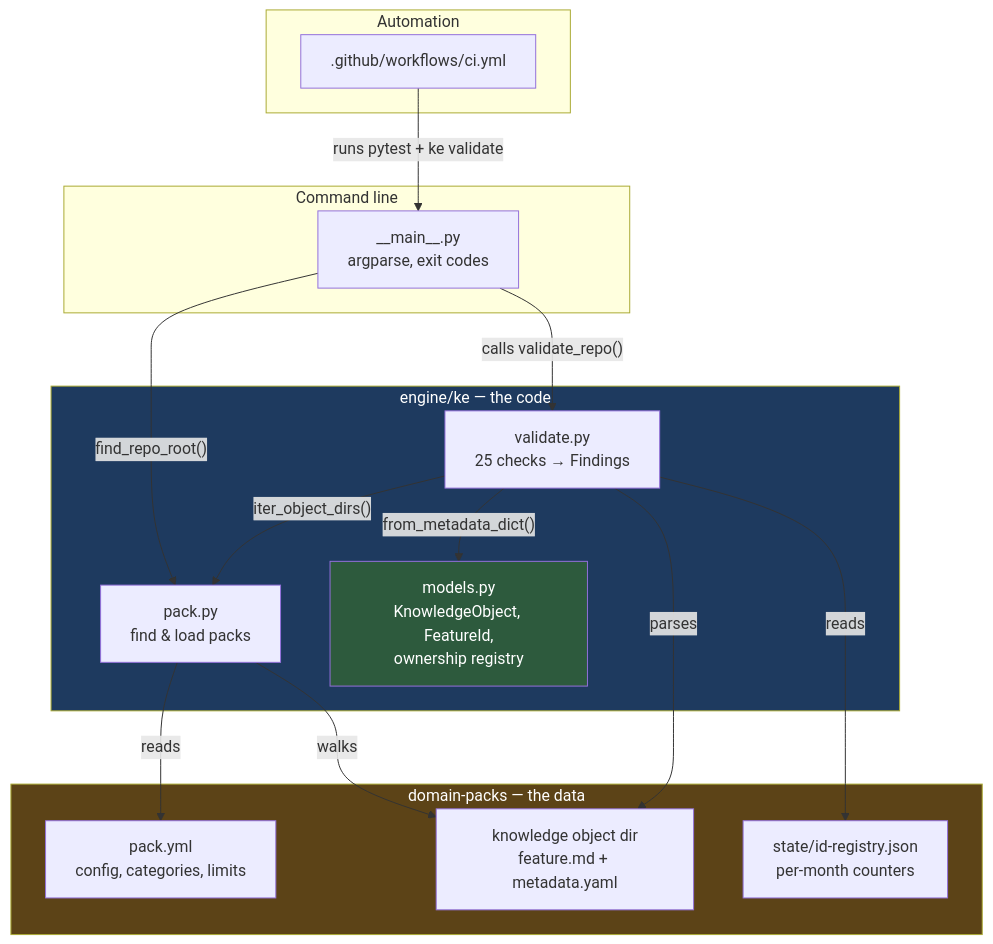
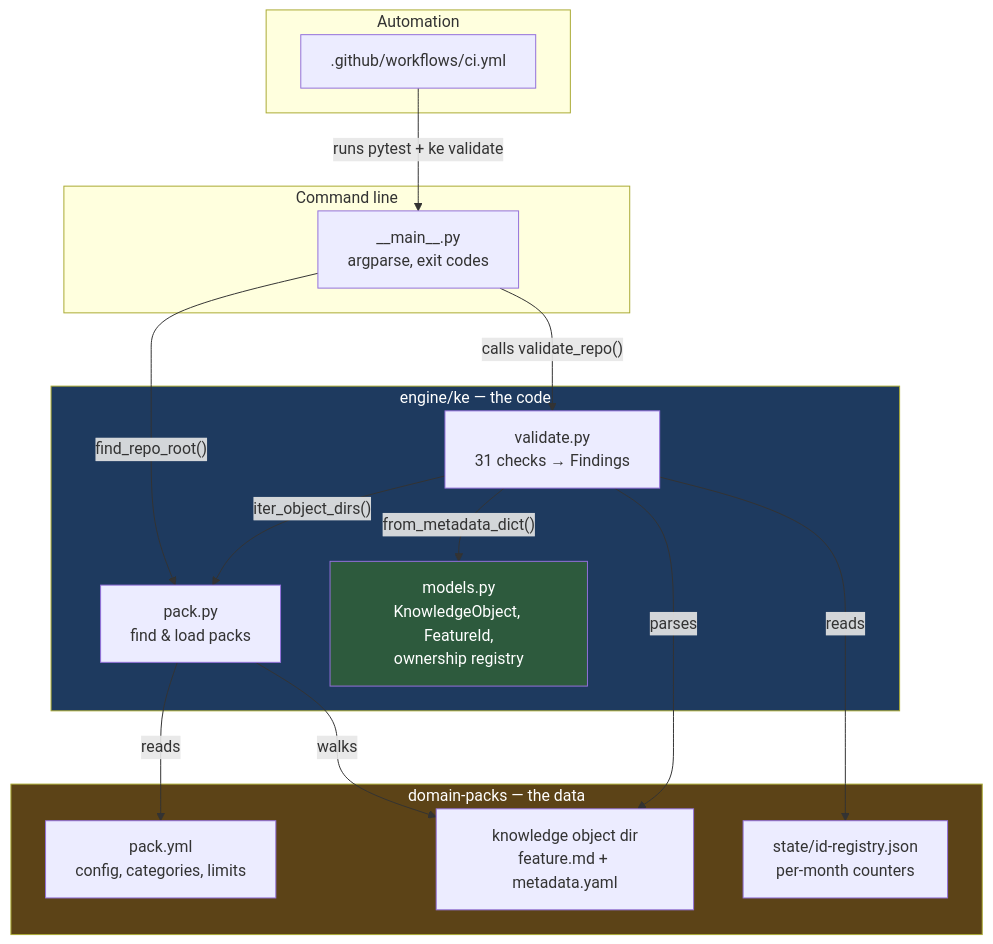
Before and after one commit to sathyarajeshpk/knowledge_engine: the first of 2 diagrams in docs/playbook/M0_FOUNDATION.md, drawn with Mermaid. The commit also changed other lines of this file and 21 other files, not shown here.

First line of the commit message:
M0: fix five defects found by the pre-merge architecture review

````diff
--- a/docs/playbook/M0_FOUNDATION.md
+++ b/docs/playbook/M0_FOUNDATION.md
@@ -95,36 +94,36 @@
 ```mermaid
 graph TD
     subgraph CLI["Command line"]
         MAIN["__main__.py<br/>argparse, exit codes"]
     end
 
     subgraph Engine["engine/ke — the code"]
-        VALIDATE["validate.py<br/>25 checks → Findings"]
+        VALIDATE["validate.py<br/>31 checks → Findings"]
         PACK["pack.py<br/>find & load packs"]
         MODELS["models.py<br/>KnowledgeObject, FeatureId,<br/>ownership registry"]
     end
 
     subgraph Data["domain-packs — the data"]
         PACKYML["pack.yml<br/>config, categories, limits"]
         OBJ["knowledge object dir<br/>feature.md + metadata.yaml"]
         REG["state/id-registry.json<br/>per-month counters"]
     end
 
     subgraph CI["Automation"]
         GHA[".github/workflows/ci.yml"]
     end
 
     MAIN -->|"calls validate_repo()"| VALIDATE
     MAIN -->|"find_repo_root()"| PACK
     VALIDATE -->|"iter_object_dirs()"| PACK
     VALIDATE -->|"from_metadata_dict()"| MODELS
     PACK -->|"reads"| PACKYML
     PACK -->|"walks"| OBJ
     VALIDATE -->|"reads"| REG
     VALIDATE -->|"parses"| OBJ
     GHA -->|"runs pytest + ke validate"| MAIN
 
     style MODELS fill:#2d5a3d,color:#fff
     style Engine fill:#1e3a5f,color:#fff
     style Data fill:#5c4317,color:#fff
 ```
````
